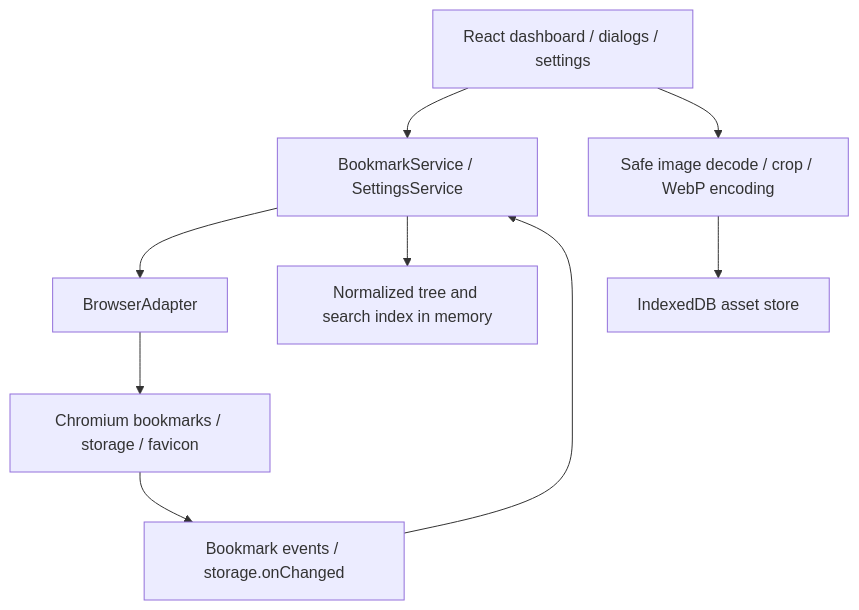
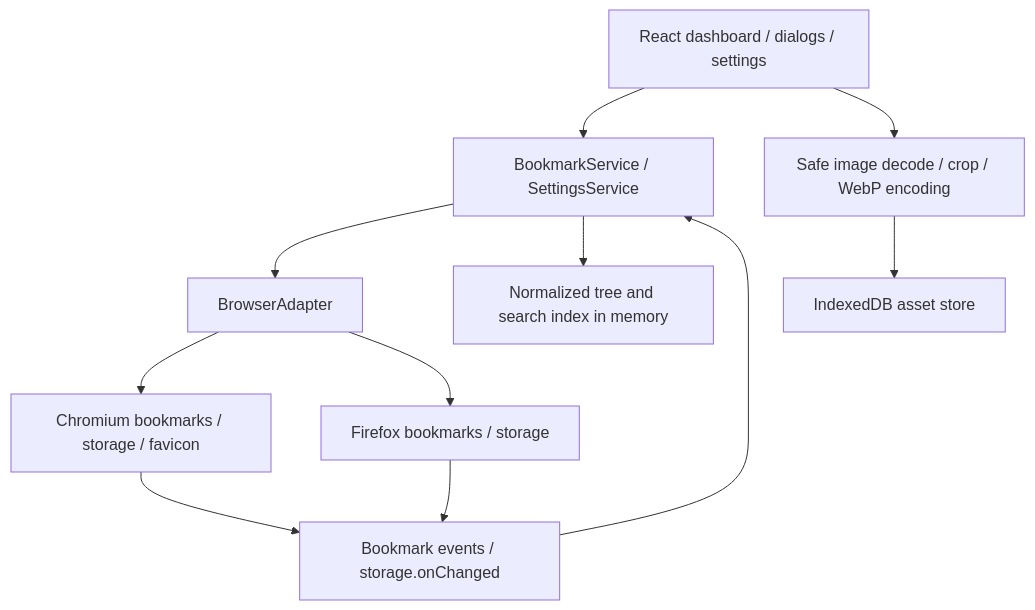
Before and after one commit to orangestar0829/Pinora: the diagram in docs/architecture.md, drawn with Mermaid. The commit also changed other lines of this file and 10 other files, not shown here.

````diff
--- a/docs/architecture.md
+++ b/docs/architecture.md
@@ -11,11 +11,13 @@
 ```mermaid
 flowchart TD
   UI[React dashboard / dialogs / settings] --> Domain[BookmarkService / SettingsService]
   Domain --> Adapter[BrowserAdapter]
   Adapter --> Chrome[Chromium bookmarks / storage / favicon]
+  Adapter --> Firefox[Firefox bookmarks / storage]
   Chrome --> Events[Bookmark events / storage.onChanged]
+  Firefox --> Events
   Events --> Domain
   UI --> Images[Safe image decode / crop / WebP encoding]
   Images --> Assets[IndexedDB asset store]
   Domain --> Index[Normalized tree and search index in memory]
 ```
````
